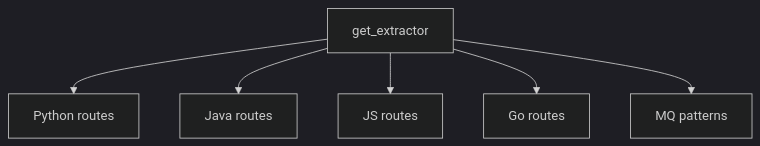
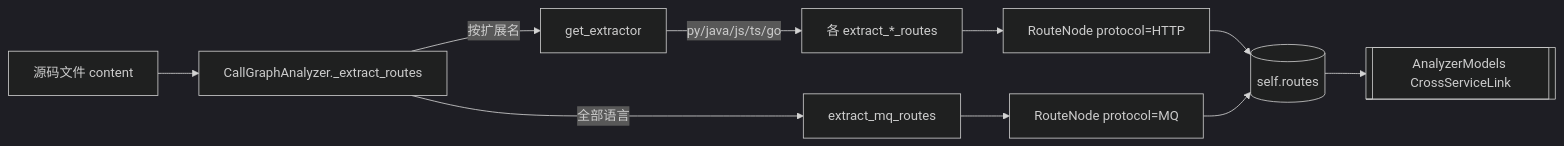
One commit to mambo-wang/CodeWiki-Plus changed the diagram in repowiki/wiki/modules/RouteExtractors.md. Above: the diagram before and after it, drawn with Mermaid (dark theme). The commit also changed other lines of this file and 36 other files, not shown here.

````diff
--- a/repowiki/wiki/modules/RouteExtractors.md
+++ b/repowiki/wiki/modules/RouteExtractors.md
@@ -17,8 +95,12 @@
 ```mermaid
-graph TB
-    A[get_extractor] --> B[Python routes]
-    A --> C[Java routes]
-    A --> D[JS routes]
-    A --> E[Go routes]
-    A --> F[MQ patterns]
+flowchart LR
+  SRC[源码文件 content] --> DISP[CallGraphAnalyzer._extract_routes]
+  DISP -->|按扩展名| EXT[get_extractor]
+  EXT -->|py/java/js/ts/go| HTTP[各 extract_*_routes]
+  DISP -->|全部语言| MQ[extract_mq_routes]
+  HTTP --> RN[RouteNode protocol=HTTP]
+  MQ --> RNM[RouteNode protocol=MQ]
+  RN --> POOL[(self.routes)]
+  RNM --> POOL
+  POOL --> XS[[AnalyzerModels CrossServiceLink]]
 ```
````
